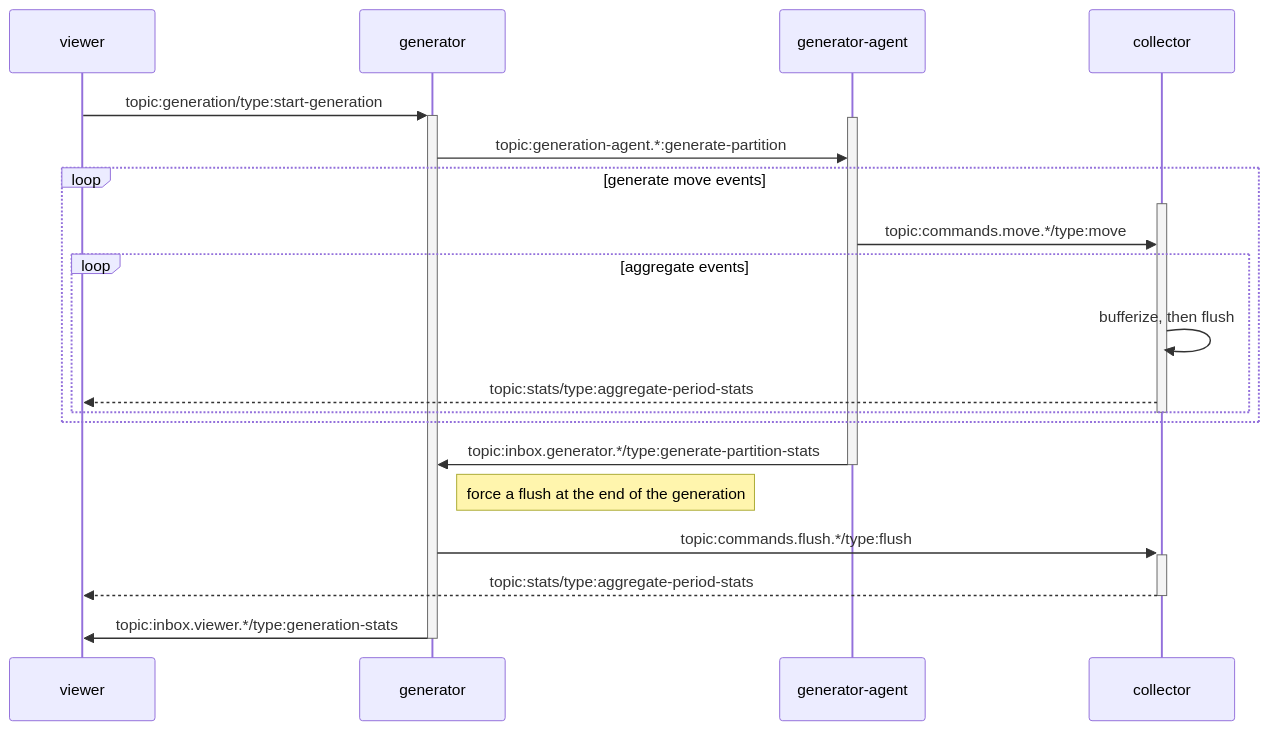
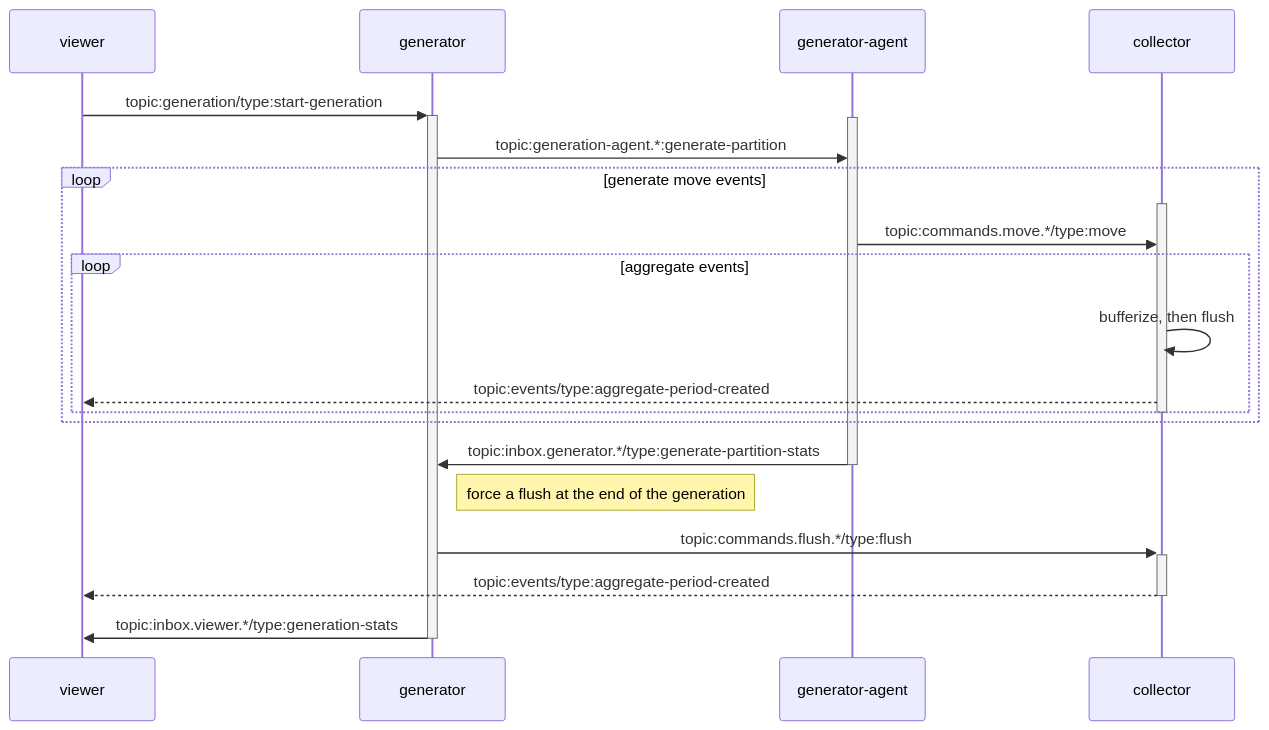
The first of 3 diagrams in README.md (livetocode/vehicle-fleet-poc), drawn with Mermaid before and after one commit. The commit also changed other lines of this file and 14 other files, not shown here.

````diff
--- a/README.md
+++ b/README.md
@@ -92,21 +92,21 @@
 ```mermaid
 sequenceDiagram
     viewer ->>+ generator: topic:generation/type:start-generation
     activate generator-agent
     generator ->> generator-agent: topic:generation-agent.*:generate-partition
     loop generate move events
         activate collector
         generator-agent ->> collector: topic:commands.move.*/type:move
         loop aggregate events
             collector ->> collector: bufferize, then flush
-            collector -->> viewer: topic:stats/type:aggregate-period-stats
+            collector -->> viewer: topic:events/type:aggregate-period-created
         end
         deactivate collector
     end
     generator-agent ->> generator: topic:inbox.generator.*/type:generate-partition-stats
     deactivate generator-agent
     note right of generator: force a flush at the end of the generation
     generator ->>+ collector: topic:commands.flush.*/type:flush
-    collector -->>- viewer: topic:stats/type:aggregate-period-stats
+    collector -->>- viewer: topic:events/type:aggregate-period-created
     generator ->>- viewer: topic:inbox.viewer.*/type:generation-stats
 ```
````
